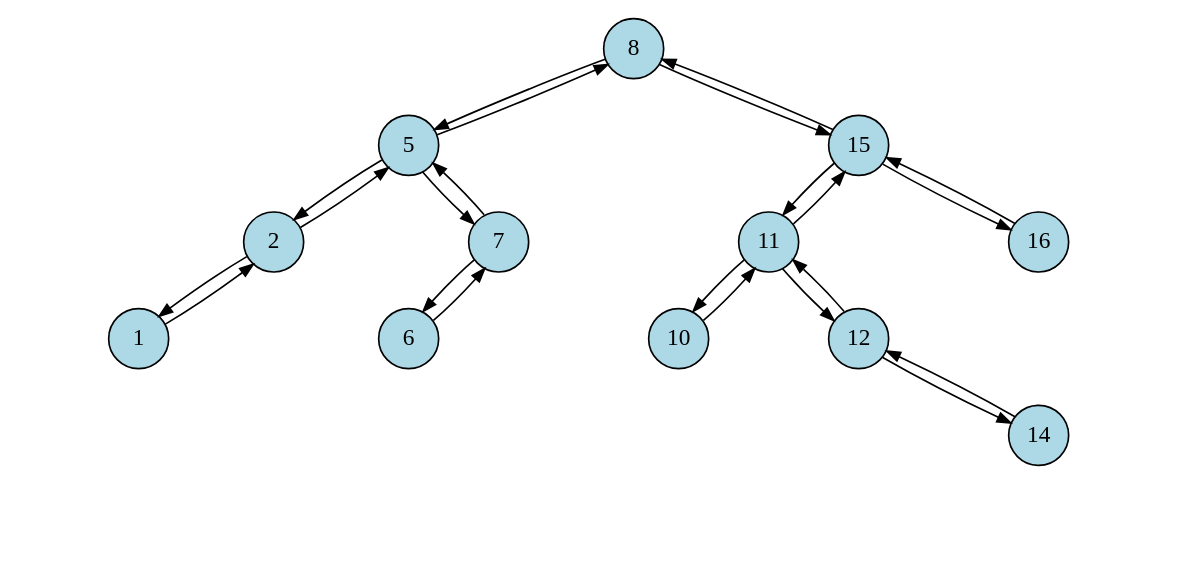
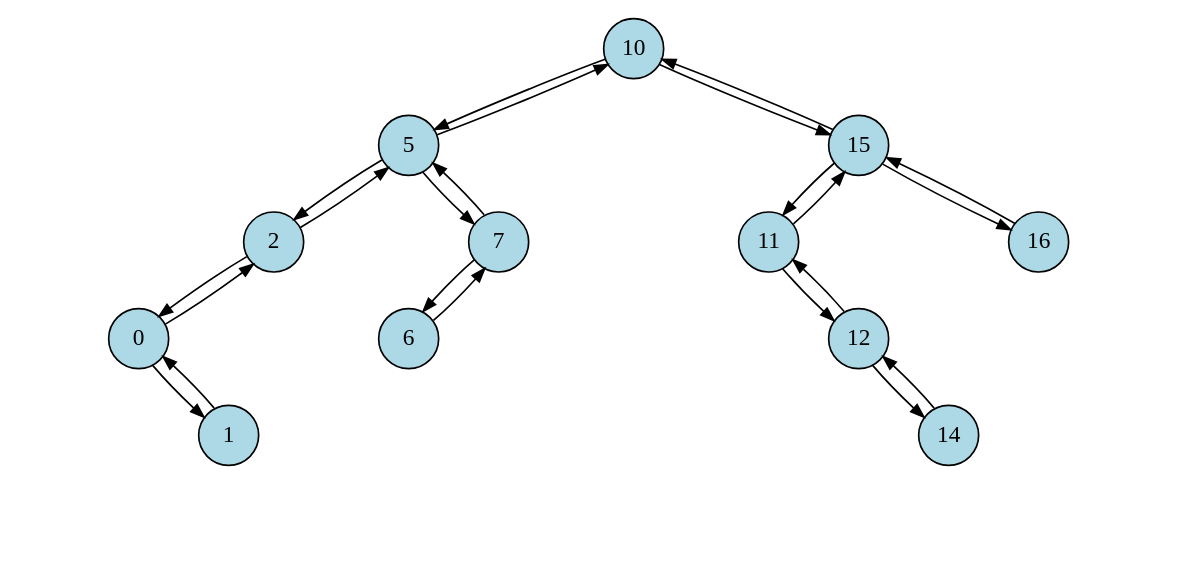
One commit to mahlen007/oopython changed the diagram in kmom07/tree/tree.dot. Above: the diagram before and after it, drawn with Graphviz. The commit also changed 4 other files, not shown here.

```diff
--- a/kmom07/tree/tree.dot
+++ b/kmom07/tree/tree.dot
@@ -16,306 +16,306 @@
   color=black
 ];
 
-139821586645456 [
-  label="8"
+140372712997392 [
+  label="10"
 ];
-139821586645360 [
+140372712997232 [
   label="5"
 ];
-139821586645264 [
+140372712997136 [
   label="2"
 ];
-139821586645232 [
-  label="1"
+140372712997072 [
+  label="0"
 ];
-139821581971056 [
+140372708213040 [
   label="i1"
   style="invis"
 ];
-139821581971440 [
+140372708213424 [
   label="i2"
   style="invis"
 ];
-139821581971824 [
+140372712997104 [
+  label="1"
+];
+140372708214000 [
   label="i3"
   style="invis"
 ];
-139821581972208 [
+140372708214384 [
   label="i4"
   style="invis"
 ];
-139821581972592 [
+140372708214704 [
   label="i5"
   style="invis"
 ];
-139821581972912 [
+140372708215152 [
   label="i6"
   style="invis"
 ];
-139821586645424 [
-  label="7"
-];
-139821586645392 [
-  label="6"
-];
-139821581973744 [
+140372708215536 [
   label="i7"
   style="invis"
 ];
-139821581974128 [
+140372708215920 [
   label="i8"
   style="invis"
 ];
-139821581974448 [
+140372712997296 [
+  label="7"
+];
+140372712997264 [
+  label="6"
+];
+140372708216752 [
   label="i9"
   style="invis"
 ];
-139821581974832 [
+140372708217136 [
   label="i10"
   style="invis"
 ];
-139821581975216 [
+140372708217456 [
   label="i11"
   style="invis"
 ];
-139821582024944 [
+140372708217840 [
   label="i12"
   style="invis"
 ];
-139821586645680 [
-  label="15"
-];
-139821586645552 [
-  label="11"
-];
-139821586645520 [
-  label="10"
-];
-139821582026032 [
+140372708218224 [
   label="i13"
   style="invis"
 ];
-139821582026416 [
+140372708218736 [
   label="i14"
   style="invis"
 ];
-139821582026736 [
+140372712997552 [
+  label="15"
+];
+140372712997424 [
+  label="11"
+];
+140372708219568 [
   label="i15"
   style="invis"
 ];
-139821582027120 [
+140372708219952 [
   label="i16"
   style="invis"
 ];
-139821586645584 [
+140372712997456 [
   label="12"
 ];
-139821582027696 [
+140372708220464 [
   label="i17"
   style="invis"
 ];
-139821582028080 [
+140372708220848 [
   label="i18"
   style="invis"
 ];
-139821586645648 [
+140372712997520 [
   label="14"
 ];
-139821582028592 [
+140372708221360 [
   label="i19"
   style="invis"
 ];
-139821582028976 [
+140372708221744 [
   label="i20"
   style="invis"
 ];
-139821582029296 [
+140372708222064 [
   label="i21"
   style="invis"
 ];
-139821582029936 [
+140372708222704 [
   label="i22"
   style="invis"
 ];
-139821586645712 [
+140372712997584 [
   label="16"
 ];
-139821582030512 [
+140372708223280 [
   label="i23"
   style="invis"
 ];
-139821582030896 [
+140372708223664 [
   label="i24"
   style="invis"
 ];
-139821582031216 [
+140372708223984 [
   label="i25"
   style="invis"
 ];
-139821586645360 -> 139821586645456 [
+140372712997232 -> 140372712997392 [
 
 ];
-139821586645264 -> 139821586645360 [
+140372712997136 -> 140372712997232 [
 
 ];
-139821586645232 -> 139821586645264 [
+140372712997072 -> 140372712997136 [
 
 ];
-139821586645232 -> 139821581971056 [
+140372712997072 -> 140372708213040 [
   style="invis"
   weight="5"
 ];
-139821586645232 -> 139821581971440 [
+140372712997072 -> 140372708213424 [
   style="invis"
   weight="5"
 ];
-139821586645232 -> 139821581971824 [
+140372712997104 -> 140372712997072 [
+
+];
+140372712997104 -> 140372708214000 [
   style="invis"
   weight="5"
 ];
-139821586645264 -> 139821586645232 [
-
-];
-139821586645264 -> 139821581972208 [
+140372712997104 -> 140372708214384 [
   style="invis"
   weight="5"
 ];
-139821586645264 -> 139821581972592 [
+140372712997104 -> 140372708214704 [
   style="invis"
   weight="5"
 ];
-139821586645360 -> 139821586645264 [
+140372712997072 -> 140372712997104 [
 
 ];
-139821586645360 -> 139821581972912 [
+140372712997136 -> 140372712997072 [
+
+];
+140372712997136 -> 140372708215152 [
   style="invis"
   weight="5"
 ];
-139821586645424 -> 139821586645360 [
-
-];
-139821586645392 -> 139821586645424 [
-
-];
-139821586645392 -> 139821581973744 [
+140372712997136 -> 140372708215536 [
   style="invis"
   weight="5"
 ];
-139821586645392 -> 139821581974128 [
+140372712997232 -> 140372712997136 [
+
+];
+140372712997232 -> 140372708215920 [
   style="invis"
   weight="5"
 ];
-139821586645392 -> 139821581974448 [
+140372712997296 -> 140372712997232 [
+
+];
+140372712997264 -> 140372712997296 [
+
+];
+140372712997264 -> 140372708216752 [
   style="invis"
   weight="5"
 ];
-139821586645424 -> 139821586645392 [
-
-];
-139821586645424 -> 139821581974832 [
+140372712997264 -> 140372708217136 [
   style="invis"
   weight="5"
 ];
-139821586645424 -> 139821581975216 [
+140372712997264 -> 140372708217456 [
   style="invis"
   weight="5"
 ];
-139821586645360 -> 139821586645424 [
+140372712997296 -> 140372712997264 [
 
 ];
-139821586645456 -> 139821586645360 [
-
-];
-139821586645456 -> 139821582024944 [
+140372712997296 -> 140372708217840 [
   style="invis"
   weight="5"
 ];
-139821586645680 -> 139821586645456 [
-
-];
-139821586645552 -> 139821586645680 [
-
-];
-139821586645520 -> 139821586645552 [
-
-];
-139821586645520 -> 139821582026032 [
+140372712997296 -> 140372708218224 [
   style="invis"
   weight="5"
 ];
-139821586645520 -> 139821582026416 [
+140372712997232 -> 140372712997296 [
+
+];
+140372712997392 -> 140372712997232 [
+
+];
+140372712997392 -> 140372708218736 [
   style="invis"
   weight="5"
 ];
-139821586645520 -> 139821582026736 [
+140372712997552 -> 140372712997392 [
+
+];
+140372712997424 -> 140372712997552 [
+
+];
+140372712997424 -> 140372708219568 [
   style="invis"
   weight="5"
 ];
-139821586645552 -> 139821586645520 [
-
-];
-139821586645552 -> 139821582027120 [
+140372712997424 -> 140372708219952 [
   style="invis"
   weight="5"
 ];
-139821586645584 -> 139821586645552 [
+140372712997456 -> 140372712997424 [
 
 ];
-139821586645584 -> 139821582027696 [
+140372712997456 -> 140372708220464 [
   style="invis"
   weight="5"
 ];
-139821586645584 -> 139821582028080 [
+140372712997456 -> 140372708220848 [
   style="invis"
   weight="5"
 ];
-139821586645648 -> 139821586645584 [
+140372712997520 -> 140372712997456 [
 
 ];
-139821586645648 -> 139821582028592 [
+140372712997520 -> 140372708221360 [
   style="invis"
   weight="5"
 ];
-139821586645648 -> 139821582028976 [
+140372712997520 -> 140372708221744 [
   style="invis"
   weight="5"
 ];
-139821586645648 -> 139821582029296 [
+140372712997520 -> 140372708222064 [
   style="invis"
   weight="5"
 ];
-139821586645584 -> 139821586645648 [
+140372712997456 -> 140372712997520 [
 
 ];
-139821586645552 -> 139821586645584 [
+140372712997424 -> 140372712997456 [
 
 ];
-139821586645680 -> 139821586645552 [
+140372712997552 -> 140372712997424 [
 
 ];
-139821586645680 -> 139821582029936 [
+140372712997552 -> 140372708222704 [
   style="invis"
   weight="5"
 ];
-139821586645712 -> 139821586645680 [
+140372712997584 -> 140372712997552 [
 
 ];
-139821586645712 -> 139821582030512 [
+140372712997584 -> 140372708223280 [
   style="invis"
   weight="5"
 ];
-139821586645712 -> 139821582030896 [
+140372712997584 -> 140372708223664 [
   style="invis"
   weight="5"
 ];
-139821586645712 -> 139821582031216 [
+140372712997584 -> 140372708223984 [
   style="invis"
   weight="5"
 ];
-139821586645680 -> 139821586645712 [
+140372712997552 -> 140372712997584 [
 
 ];
-139821586645456 -> 139821586645680 [
+140372712997392 -> 140372712997552 [
 
 ];
 }
```
